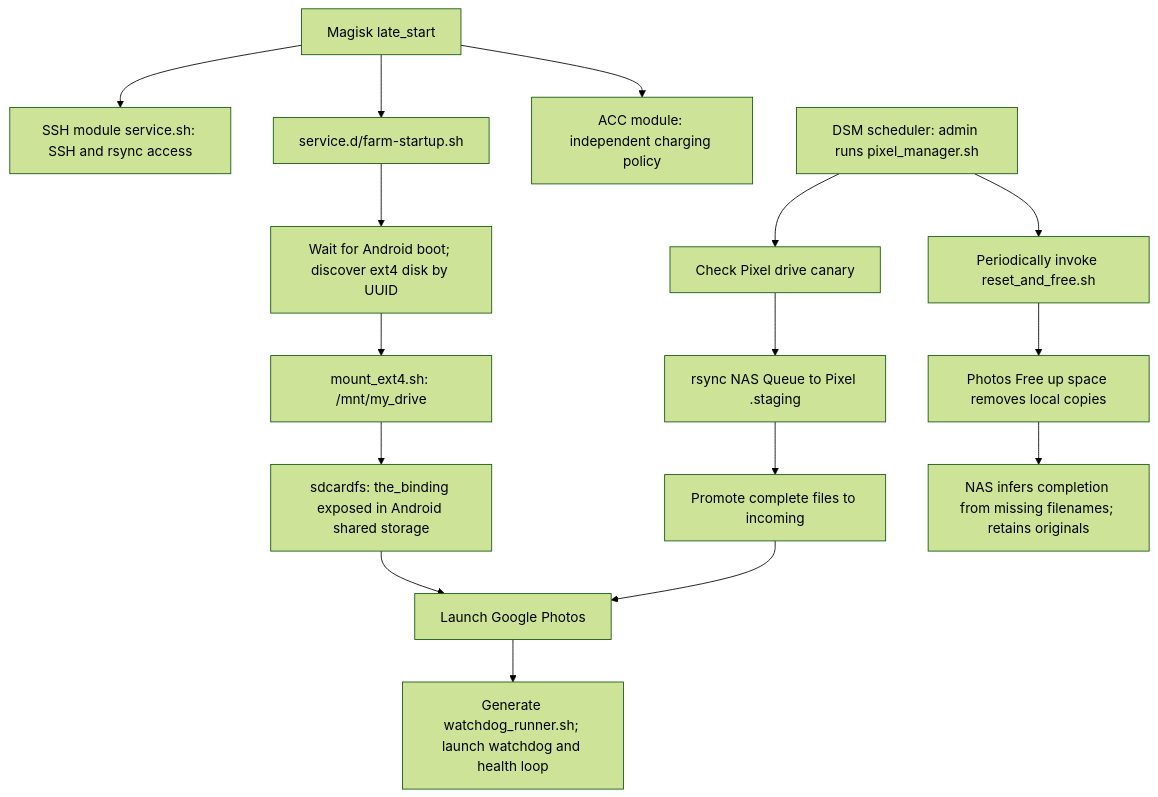
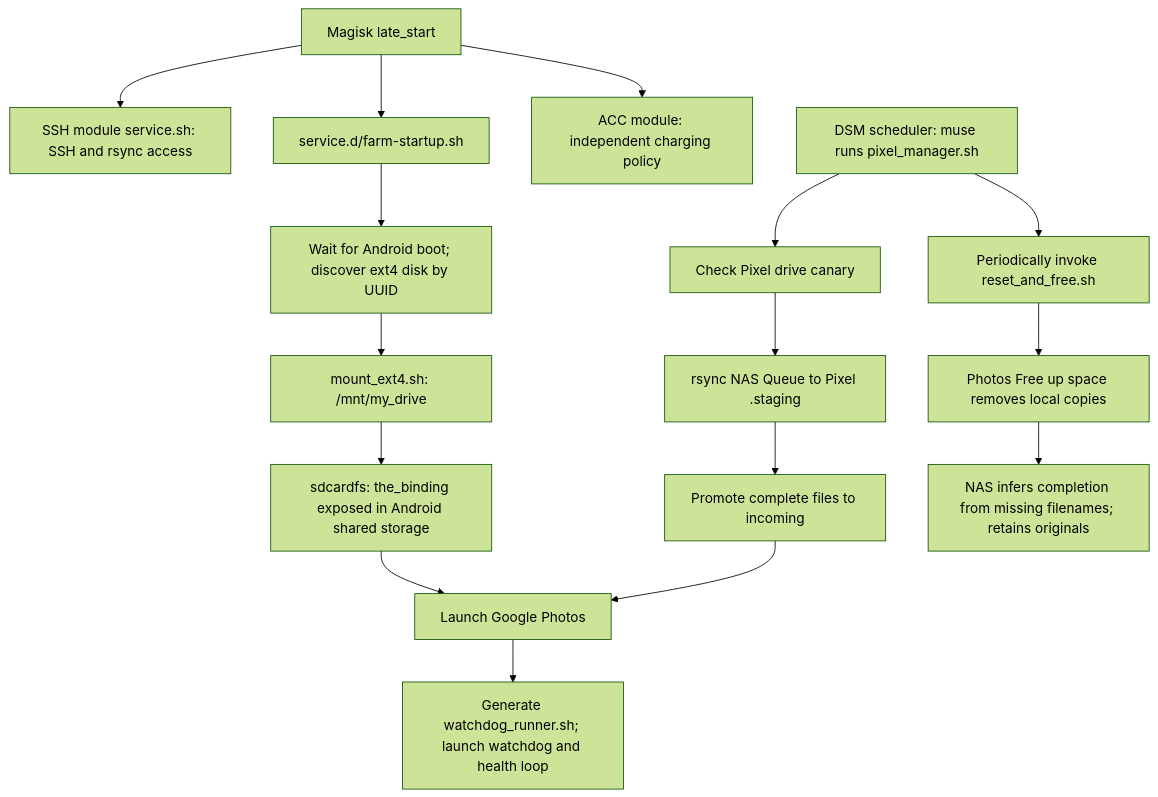
One commit to deepyeet/ansible changed the diagram in playbooks/PHOTO_BACKUP.md. Above: the diagram before and after it, drawn with Mermaid (forest theme). The commit also changed other lines of this file and 5 other files, not shown here.

First line of the commit message:
photo_ingest: make the NAS manager user configurable (photo_manager_user: muse)

````diff
--- a/playbooks/PHOTO_BACKUP.md
+++ b/playbooks/PHOTO_BACKUP.md
@@ -30,18 +30,18 @@
 ```mermaid
 flowchart TD
     M[Magisk late_start] --> S[SSH module service.sh: SSH and rsync access]
     M --> F[service.d/farm-startup.sh]
     M --> A[ACC module: independent charging policy]
     F --> U[Wait for Android boot; discover ext4 disk by UUID]
     U --> E[mount_ext4.sh: /mnt/my_drive]
     E --> B[sdcardfs: the_binding exposed in Android shared storage]
     B --> P[Launch Google Photos]
     P --> W[Generate watchdog_runner.sh; launch watchdog and health loop]
-    N[DSM scheduler: admin runs pixel_manager.sh] --> C[Check Pixel drive canary]
+    N[DSM scheduler: muse runs pixel_manager.sh] --> C[Check Pixel drive canary]
     C --> T[rsync NAS Queue to Pixel .staging]
     T --> I[Promote complete files to incoming]
     I --> P
     N --> R[Periodically invoke reset_and_free.sh]
     R --> D[Photos Free up space removes local copies]
     D --> Q[NAS infers completion from missing filenames; retains originals]
 ```
````
